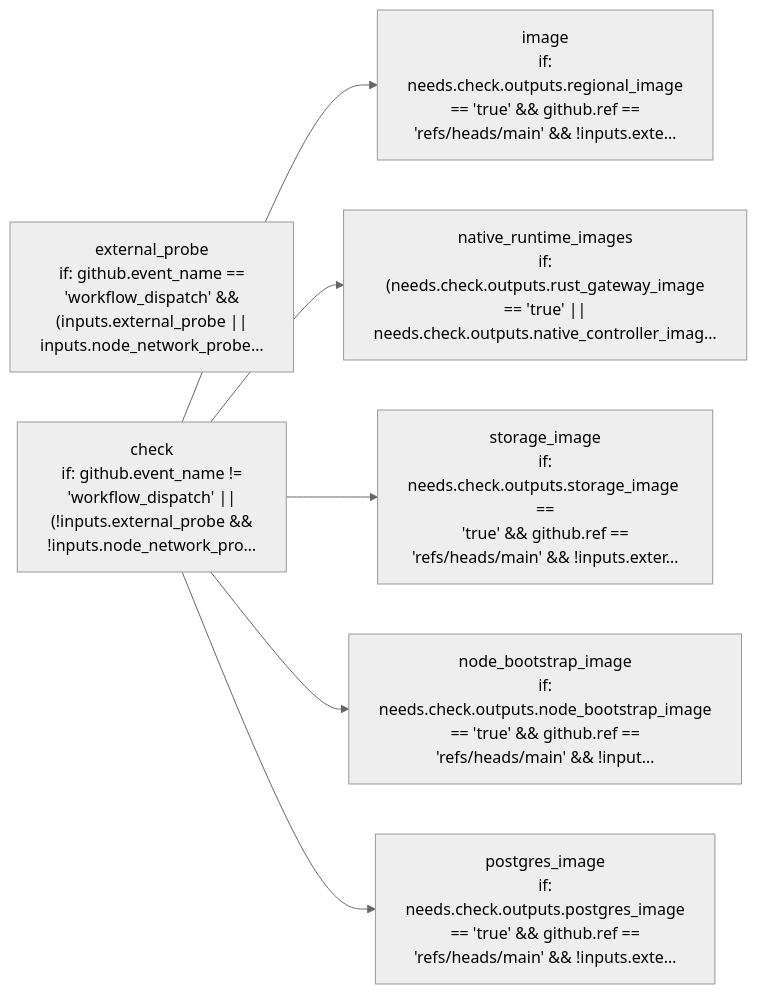
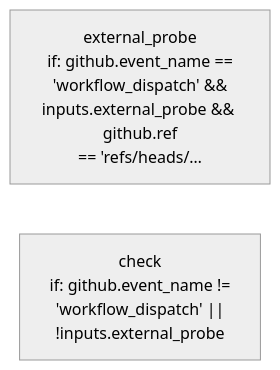
One commit to amerged-org/cloudflare-postgres changed the diagram in docs/architecture/mermaider/ci-pipeline.mmd. Above: the diagram before and after it, drawn with Mermaid (neutral theme). The commit also changed 416 other files, not shown here.

```diff
--- a/docs/architecture/mermaider/ci-pipeline.mmd
+++ b/docs/architecture/mermaider/ci-pipeline.mmd
@@ -1,13 +1,3 @@
 flowchart LR
-    n_e34ac7a1f534["node_bootstrap_image<br/>if:<br/>needs.check.outputs.node_bootstrap_image<br/>== 'true' #38;#38; github.ref ==<br/>'refs/heads/main' #38;#38; !input…"]
-    n_ae6278aee13d["image<br/>if:<br/>needs.check.outputs.regional_image<br/>== 'true' #38;#38; github.ref ==<br/>'refs/heads/main' #38;#38; !inputs.exte…"]
-    n_3cbfbc22e3a1["native_runtime_images<br/>if:<br/>(needs.check.outputs.rust_gateway_image<br/>== 'true' ||<br/>needs.check.outputs.native_controller_imag…"]
-    n_d92200072b60["external_probe<br/>if: github.event_name ==<br/>'workflow_dispatch' #38;#38;<br/>(inputs.external_probe ||<br/>inputs.node_network_probe…"]
-    n_58381b3e9536["check<br/>if: github.event_name !=<br/>'workflow_dispatch' ||<br/>(!inputs.external_probe #38;#38;<br/>!inputs.node_network_pro…"]
-    n_0bd87febac77["storage_image<br/>if:<br/>needs.check.outputs.storage_image ==<br/>'true' #38;#38; github.ref ==<br/>'refs/heads/main' #38;#38; !inputs.exter…"]
-    n_89a17c1e5e49["postgres_image<br/>if:<br/>needs.check.outputs.postgres_image<br/>== 'true' #38;#38; github.ref ==<br/>'refs/heads/main' #38;#38; !inputs.exte…"]
-    n_58381b3e9536 --> n_ae6278aee13d
-    n_58381b3e9536 --> n_3cbfbc22e3a1
-    n_58381b3e9536 --> n_0bd87febac77
-    n_58381b3e9536 --> n_e34ac7a1f534
-    n_58381b3e9536 --> n_89a17c1e5e49
+    n_d92200072b60["external_probe<br/>if: github.event_name ==<br/>'workflow_dispatch' #38;#38;<br/>inputs.external_probe #38;#38; github.ref<br/>== 'refs/heads/…"]
+    n_58381b3e9536["check<br/>if: github.event_name !=<br/>'workflow_dispatch' ||<br/>!inputs.external_probe"]
```
